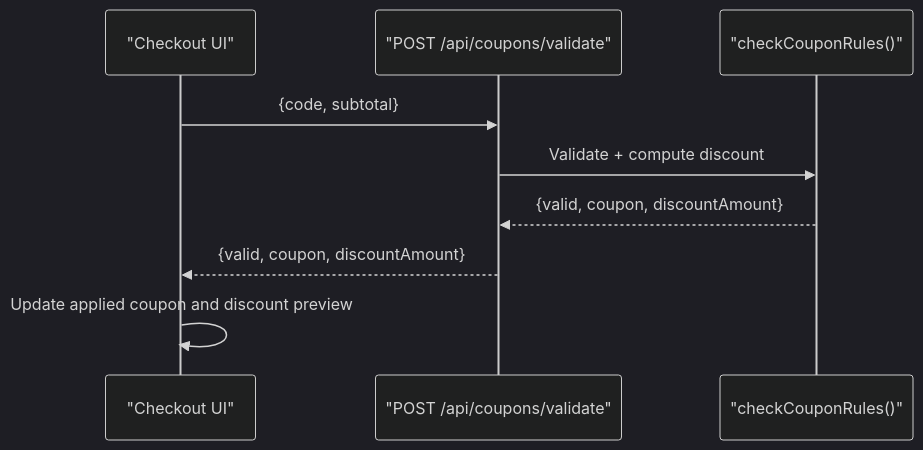
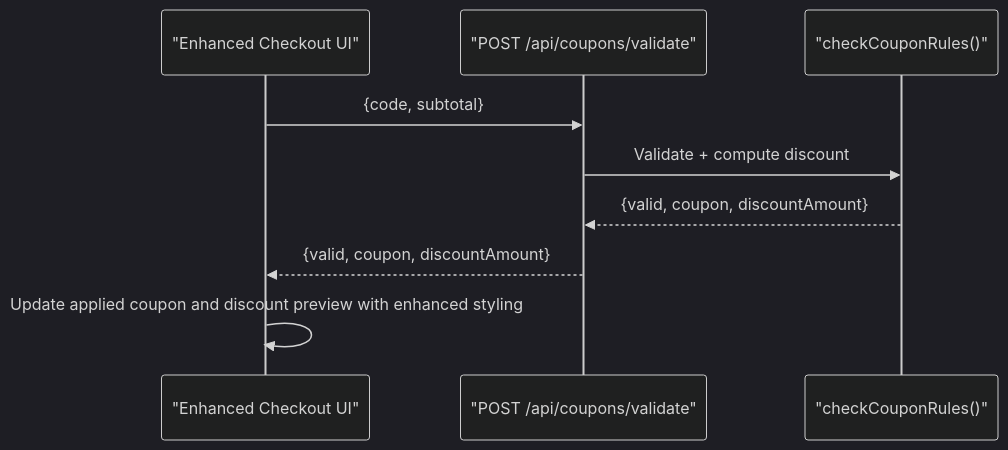
Before and after one commit to Ice-Nao-Eevee/Tera_Work: the ninth of 11 diagrams in .qoder/repowiki/en/content/Core Features/Promotions & Coupons.md, drawn with Mermaid (dark theme). The commit also changed other lines of this file and 49 other files, not shown here.

````diff
--- a/.qoder/repowiki/en/content/Core Features/Promotions & Coupons.md
+++ b/.qoder/repowiki/en/content/Core Features/Promotions & Coupons.md
@@ -339,11 +426,11 @@
 ```mermaid
 sequenceDiagram
-participant UI as "Checkout UI"
+participant UI as "Enhanced Checkout UI"
 participant API as "POST /api/coupons/validate"
 participant Engine as "checkCouponRules()"
 UI->>API : {code, subtotal}
 API->>Engine : Validate + compute discount
 Engine-->>API : {valid, coupon, discountAmount}
 API-->>UI : {valid, coupon, discountAmount}
-UI->>UI : Update applied coupon and discount preview
+UI->>UI : Update applied coupon and discount preview with enhanced styling
 ```
````
